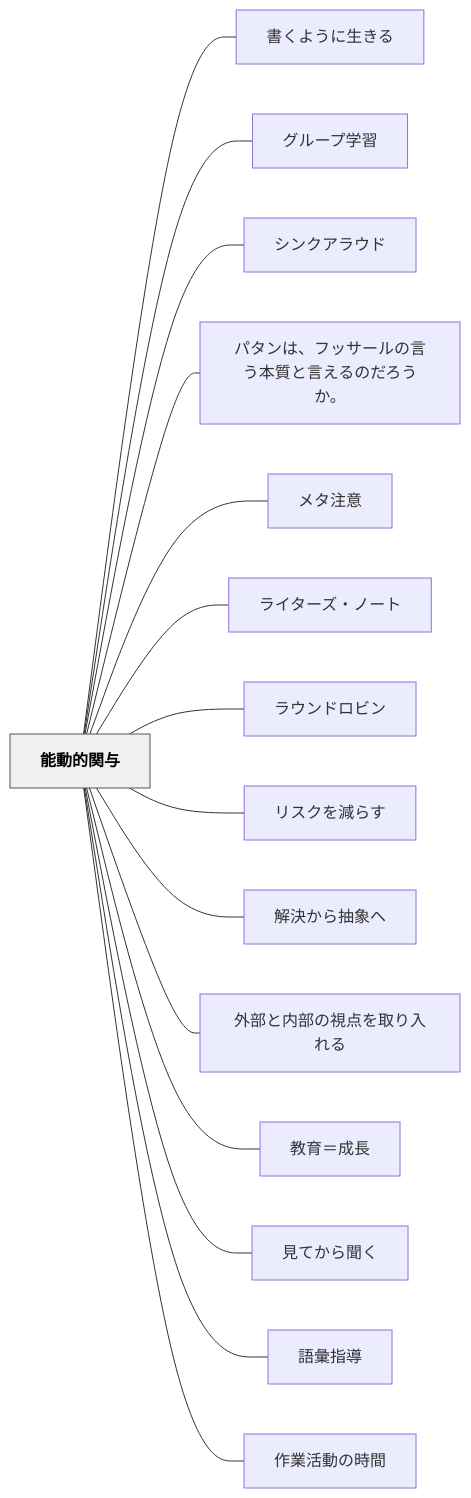
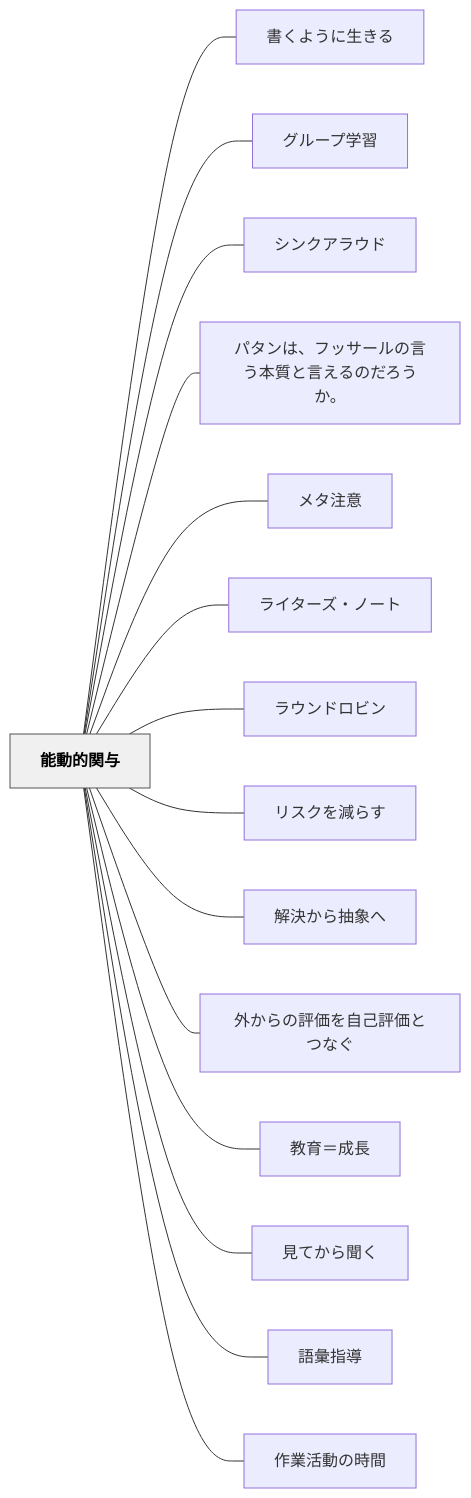
One commit to unknownthings-ed-patterns/unknownthings-ed-patterns changed the diagram in content/パタン/能動的関与.md. Above: the diagram before and after it, drawn with Mermaid. The commit also changed other lines of this file and 8 other files, not shown here.

````diff
--- a/content/パタン/能動的関与.md
+++ b/content/パタン/能動的関与.md
@@ -185,36 +185,36 @@
 ```mermaid
 flowchart LR
     ne883bde58b95e79a84e996a2e4b88e["能動的関与"]
     ne69bb8e3818fe38288e38186e381abe7949fe3818de3828b["書くように生きる"]
     ne382b0e383abe383bce38397e5ada6e7bf92["グループ学習"]
     ne382b7e383b3e382afe382a2e383a9e382a6e38389["シンクアラウド"]
     ne38391e382bfe383b3e381afe38081e38395e38383e382b5e383bce383abe381aee8a880e38186e69cace8b3aae381a8e8a880e38188e3828be381aee381a0e3828de38186e3818be38082["パタンは、フッサールの言う本質と言えるのだろうか。"]
     ne383a1e382bfe6b3a8e6848f["メタ注意"]
     ne383a9e382a4e382bfe383bce382bae383bbe3838ee383bce38388["ライターズ・ノート"]
     ne383a9e382a6e383b3e38389e383ade38393e383b3["ラウンドロビン"]
     ne383aae382b9e382afe38292e6b89be38289e38199["リスクを減らす"]
     ne8a7a3e6b1bae3818be38289e68abde8b1a1e381b8["解決から抽象へ"]
-    ne5a496e983a8e381a8e58685e983a8e381aee8a696e782b9e38292e58f96e3828ae585a5e3828ce3828b["外部と内部の視点を取り入れる"]
+    ne5a496e3818be38289e381aee8a995e4bea1e38292e887aae5b7b1e8a995e4bea1e381a8e381a4e381aae38190["外からの評価を自己評価とつなぐ"]
     ne69599e882b2efbc9de68890e995b7["教育＝成長"]
     ne8a68be381a6e3818be38289e8819ee3818f["見てから聞く"]
     ne8aa9ee5bd99e68c87e5b08e["語彙指導"]
     ne4bd9ce6a5ade6b4bbe58b95e381aee69982e99693["作業活動の時間"]
 
     ne883bde58b95e79a84e996a2e4b88e --- ne69bb8e3818fe38288e38186e381abe7949fe3818de3828b
     ne883bde58b95e79a84e996a2e4b88e --- ne382b0e383abe383bce38397e5ada6e7bf92
     ne883bde58b95e79a84e996a2e4b88e --- ne382b7e383b3e382afe382a2e383a9e382a6e38389
     ne883bde58b95e79a84e996a2e4b88e --- ne38391e382bfe383b3e381afe38081e38395e38383e382b5e383bce383abe381aee8a880e38186e69cace8b3aae381a8e8a880e38188e3828be381aee381a0e3828de38186e3818be38082
     ne883bde58b95e79a84e996a2e4b88e --- ne383a1e382bfe6b3a8e6848f
     ne883bde58b95e79a84e996a2e4b88e --- ne383a9e382a4e382bfe383bce382bae383bbe3838ee383bce38388
     ne883bde58b95e79a84e996a2e4b88e --- ne383a9e382a6e383b3e38389e383ade38393e383b3
     ne883bde58b95e79a84e996a2e4b88e --- ne383aae382b9e382afe38292e6b89be38289e38199
     ne883bde58b95e79a84e996a2e4b88e --- ne8a7a3e6b1bae3818be38289e68abde8b1a1e381b8
-    ne883bde58b95e79a84e996a2e4b88e --- ne5a496e983a8e381a8e58685e983a8e381aee8a696e782b9e38292e58f96e3828ae585a5e3828ce3828b
+    ne883bde58b95e79a84e996a2e4b88e --- ne5a496e3818be38289e381aee8a995e4bea1e38292e887aae5b7b1e8a995e4bea1e381a8e381a4e381aae38190
     ne883bde58b95e79a84e996a2e4b88e --- ne69599e882b2efbc9de68890e995b7
     ne883bde58b95e79a84e996a2e4b88e --- ne8a68be381a6e3818be38289e8819ee3818f
     ne883bde58b95e79a84e996a2e4b88e --- ne8aa9ee5bd99e68c87e5b08e
     ne883bde58b95e79a84e996a2e4b88e --- ne4bd9ce6a5ade6b4bbe58b95e381aee69982e99693
 
     classDef hub fill:#f0f0f0,stroke:#555,color:#000,font-weight:bold
     class ne883bde58b95e79a84e996a2e4b88e hub
 ```
````
